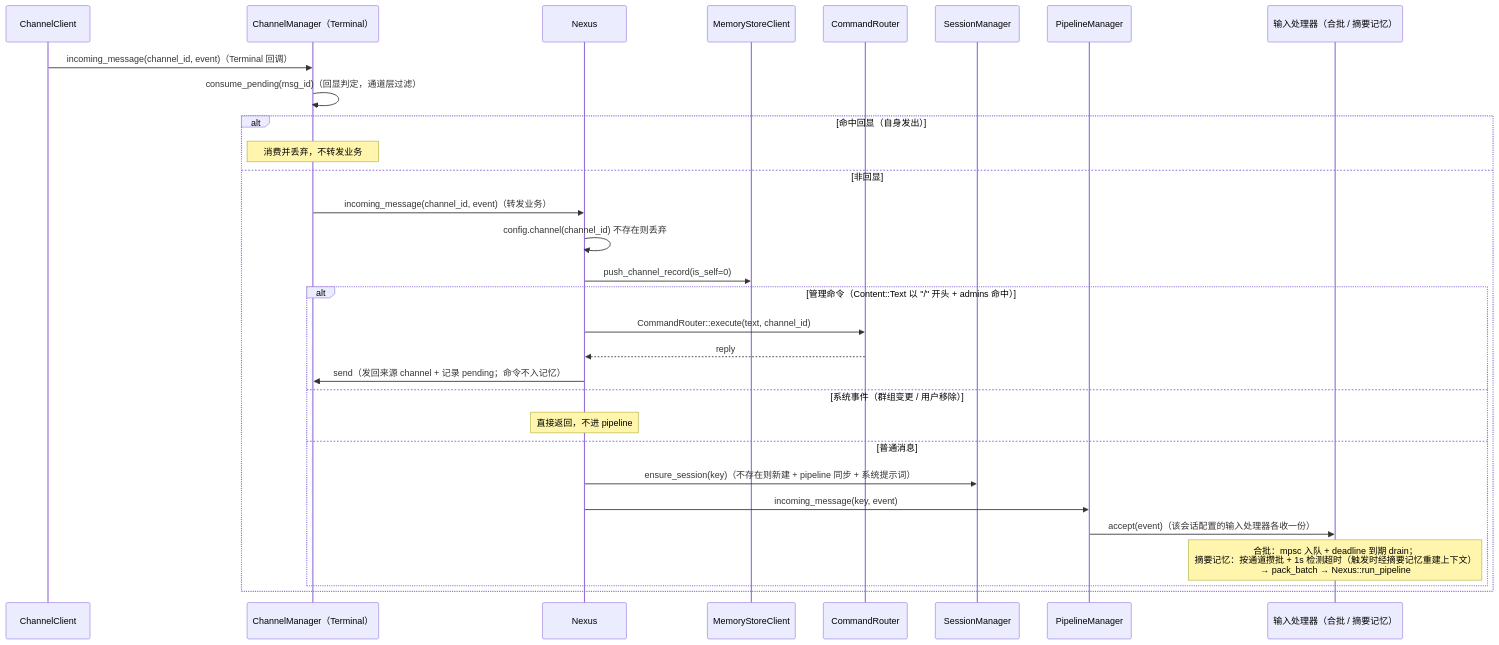
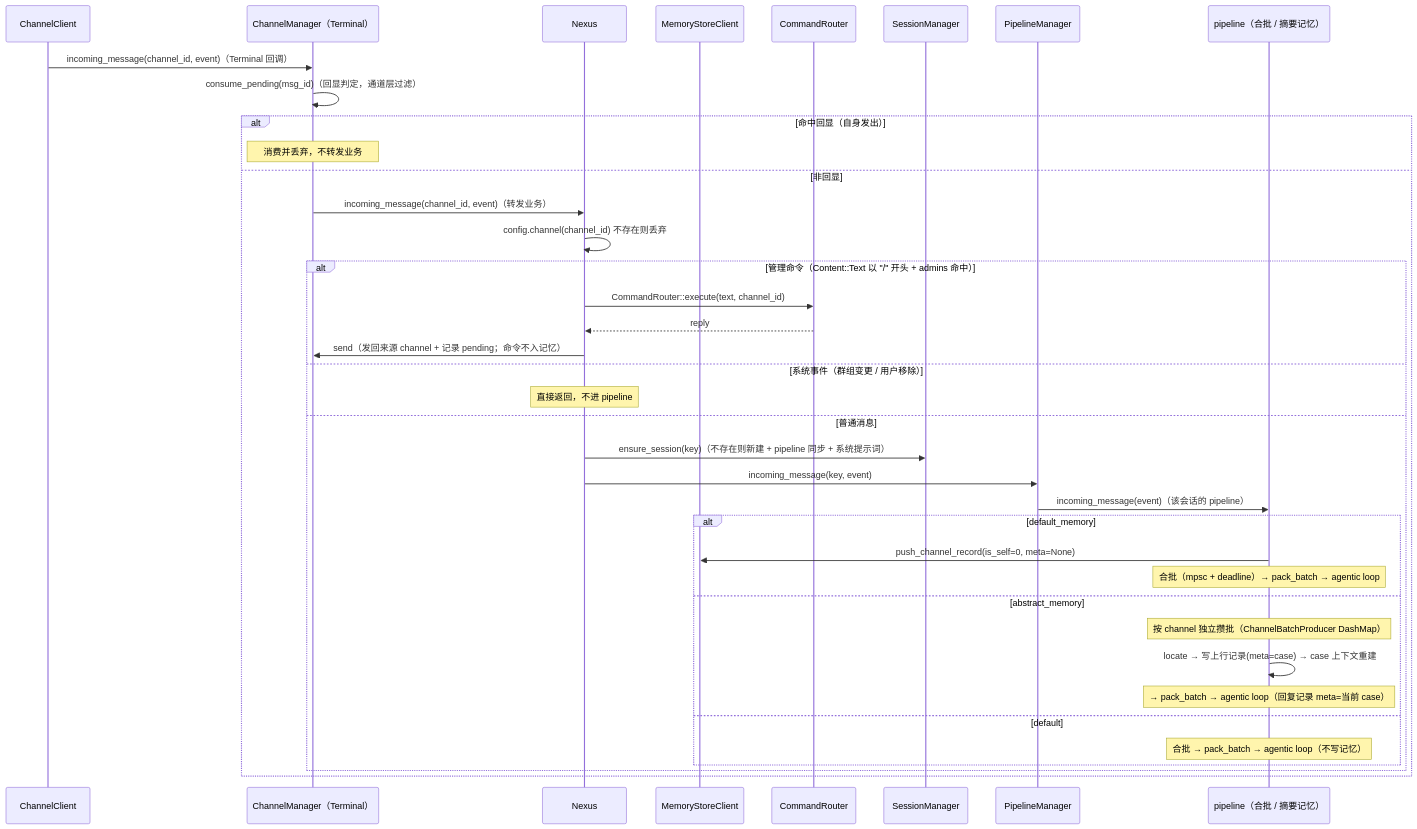
The third of 5 diagrams in docs/spec/agent-modules.md (coldcloude/kissbot), drawn with Mermaid before and after one commit. The commit also changed other lines of this file and 30 other files, not shown here.

First line of the commit message:
摘要记忆改为完整 pipeline：记录 meta 直接定位、按 channel 独立攒批、记忆写入移入 pipeline

````diff
--- a/docs/spec/agent-modules.md
+++ b/docs/spec/agent-modules.md
@@ -140,33 +140,41 @@
 ```mermaid
 sequenceDiagram
     participant CC as ChannelClient
     participant CHM as ChannelManager（Terminal）
     participant CO as Nexus
     participant MSC as MemoryStoreClient
     participant CRT as CommandRouter
     participant SM as SessionManager
     participant PLS as PipelineManager
-    participant IP as 输入处理器（合批 / 摘要记忆）
+    participant IP as pipeline（合批 / 摘要记忆）
 
     CC->>CHM: incoming_message(channel_id, event)（Terminal 回调）
     CHM->>CHM: consume_pending(msg_id)（回显判定，通道层过滤）
     alt 命中回显（自身发出）
         Note over CHM: 消费并丢弃，不转发业务
     else 非回显
         CHM->>CO: incoming_message(channel_id, event)（转发业务）
         CO->>CO: config.channel(channel_id) 不存在则丢弃
-        CO->>MSC: push_channel_record(is_self=0)
         alt 管理命令（Content::Text 以 "/" 开头 + admins 命中）
             CO->>CRT: CommandRouter::execute(text, channel_id)
             CRT-->>CO: reply
             CO->>CHM: send（发回来源 channel + 记录 pending；命令不入记忆）
         else 系统事件（群组变更 / 用户移除）
             Note over CO: 直接返回，不进 pipeline
         else 普通消息
             CO->>SM: ensure_session(key)（不存在则新建 + pipeline 同步 + 系统提示词）
             CO->>PLS: incoming_message(key, event)
-            PLS->>IP: accept(event)（该会话配置的输入处理器各收一份）
-            Note over IP: 合批：mpsc 入队 + deadline 到期 drain；<br/>摘要记忆：按通道攒批 + 1s 检测超时（触发时经摘要记忆重建上下文）<br/>→ pack_batch → Nexus::run_pipeline
+            PLS->>IP: incoming_message(event)（该会话的 pipeline）
+            alt default_memory
+                IP->>MSC: push_channel_record(is_self=0, meta=None)
+                Note over IP: 合批（mpsc + deadline）→ pack_batch → agentic loop
+            else abstract_memory
+                Note over IP: 按 channel 独立攒批（ChannelBatchProducer DashMap）
+                IP->>IP: locate → 写上行记录(meta=case) → case 上下文重建
+                Note over IP: → pack_batch → agentic loop（回复记录 meta=当前 case）
+            else default
+                Note over IP: 合批 → pack_batch → agentic loop（不写记忆）
+            end
         end
     end
 ```
````
